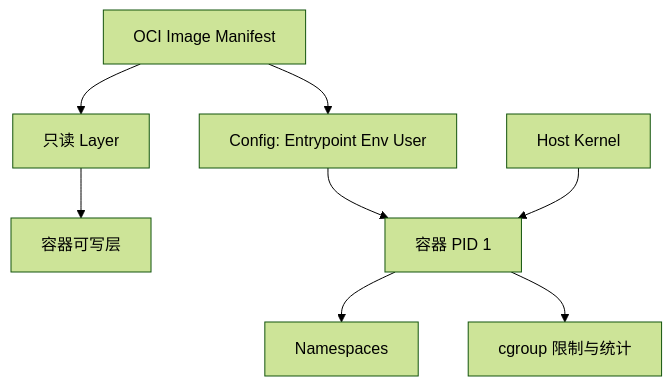
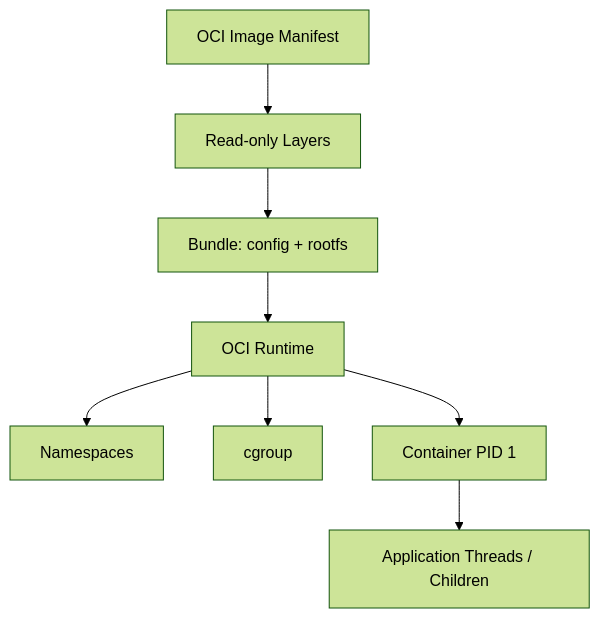
One commit to upJiang/jiang-blog-vitepress changed the diagram in docs/devops/oci-container-runtime.md. Above: the diagram before and after it, drawn with Mermaid (forest theme). The commit also changed other lines of this file and 425 other files, not shown here.

````diff
--- a/docs/devops/oci-container-runtime.md
+++ b/docs/devops/oci-container-runtime.md
@@ -37,10 +34,10 @@
 ```mermaid
-flowchart TB
-  A[OCI Image Manifest] --> B[只读 Layer]
-  A --> C[Config: Entrypoint Env User]
-  B --> D[容器可写层]
-  C --> E[容器 PID 1]
-  E --> F[Namespaces]
-  E --> G[cgroup 限制与统计]
-  H[Host Kernel] --> E
+flowchart TD
+  I[OCI Image Manifest] --> L[Read-only Layers]
+  L --> B[Bundle: config + rootfs]
+  B --> R[OCI Runtime]
+  R --> N[Namespaces]
+  R --> C[cgroup]
+  R --> P[Container PID 1]
+  P --> A[Application Threads / Children]
 ```
````
